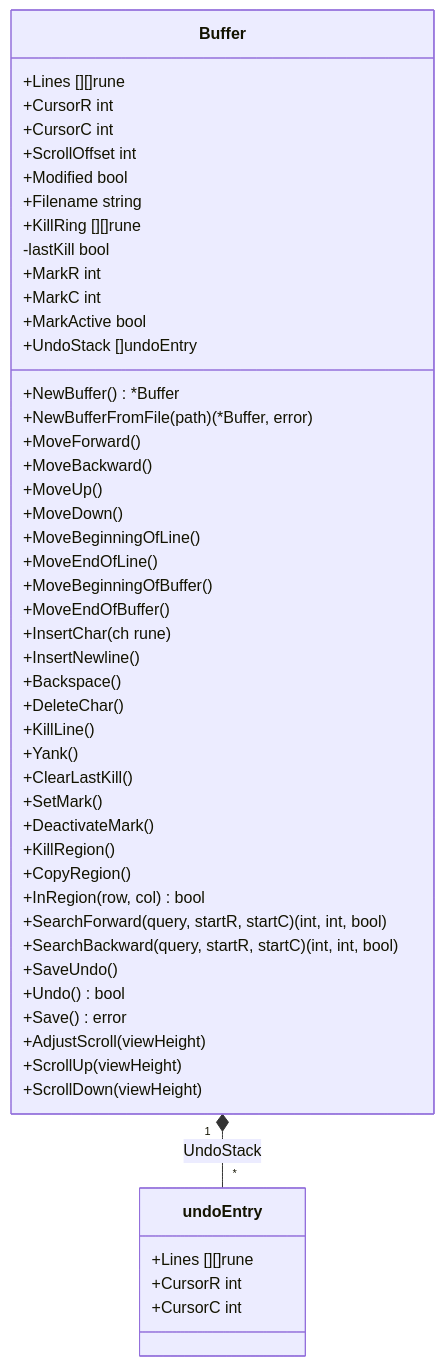
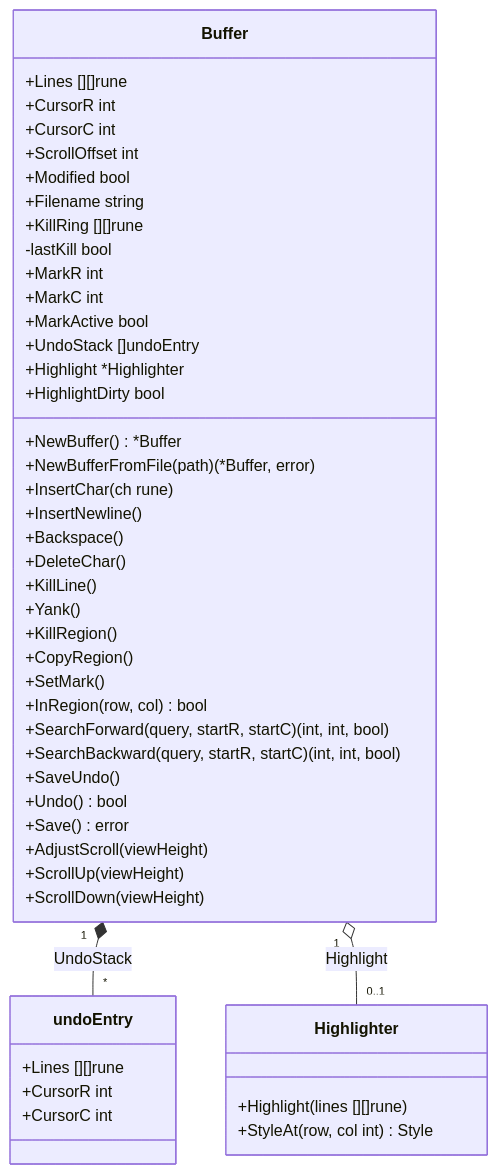
The first of 4 diagrams in impl_docs/buffer.md (ryogrid/gomacs), drawn with Mermaid before and after one commit. The commit also changed other lines of this file and 4 other files, not shown here.

````diff
--- a/impl_docs/buffer.md
+++ b/impl_docs/buffer.md
@@ -7,55 +7,53 @@
 ```mermaid
 classDiagram
     class Buffer {
         +Lines [][]rune
         +CursorR int
         +CursorC int
         +ScrollOffset int
         +Modified bool
         +Filename string
         +KillRing [][]rune
         -lastKill bool
         +MarkR int
         +MarkC int
         +MarkActive bool
         +UndoStack []undoEntry
+        +Highlight *Highlighter
+        +HighlightDirty bool
         +NewBuffer() *Buffer
         +NewBufferFromFile(path) (*Buffer, error)
-        +MoveForward()
-        +MoveBackward()
-        +MoveUp()
-        +MoveDown()
-        +MoveBeginningOfLine()
-        +MoveEndOfLine()
-        +MoveBeginningOfBuffer()
-        +MoveEndOfBuffer()
         +InsertChar(ch rune)
         +InsertNewline()
         +Backspace()
         +DeleteChar()
         +KillLine()
         +Yank()
-        +ClearLastKill()
-        +SetMark()
-        +DeactivateMark()
         +KillRegion()
         +CopyRegion()
+        +SetMark()
         +InRegion(row, col) bool
         +SearchForward(query, startR, startC) (int, int, bool)
         +SearchBackward(query, startR, startC) (int, int, bool)
         +SaveUndo()
         +Undo() bool
         +Save() error
         +AdjustScroll(viewHeight)
         +ScrollUp(viewHeight)
         +ScrollDown(viewHeight)
     }
 
     class undoEntry {
         +Lines [][]rune
         +CursorR int
         +CursorC int
     }
 
+    class Highlighter {
+        +Highlight(lines [][]rune)
+        +StyleAt(row, col int) Style
+    }
+
     Buffer "1" *-- "*" undoEntry : UndoStack
+    Buffer "1" o-- "0..1" Highlighter : Highlight
 ```
````
